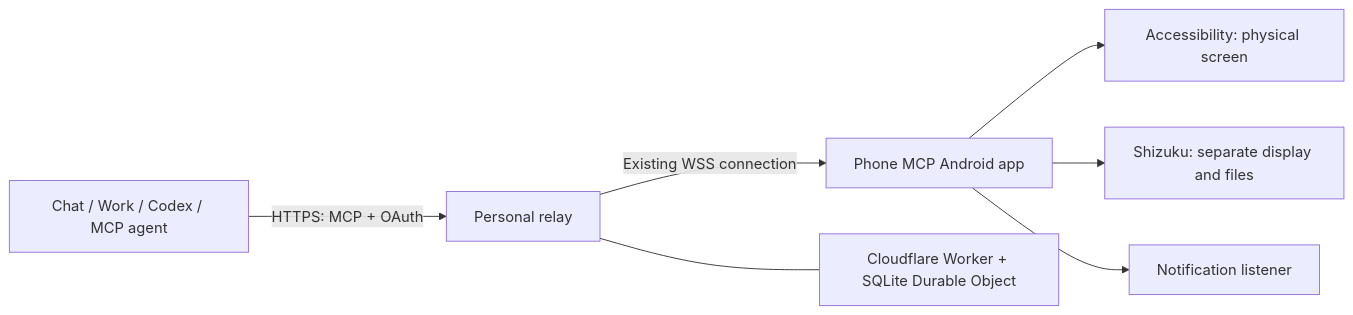
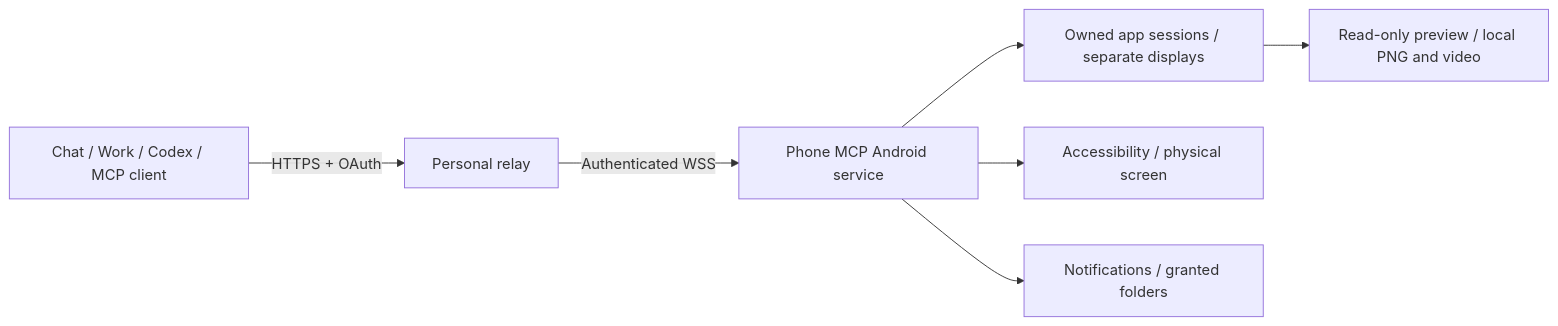
One commit to Mirochill/Phone-MCP changed the diagram in README.md. Above: the diagram before and after it, drawn with Mermaid. The commit also changed other lines of this file and 195 other files, not shown here.

Commit message:
Update Phone MCP to 0.16.2 with complete tools, capture and setup guides

````diff
--- a/README.md
+++ b/README.md
@@ -98,9 +101,9 @@
 ```mermaid
 flowchart LR
-    A[Chat / Work / Codex / MCP agent] -->|HTTPS: MCP + OAuth| R[Personal relay]
-    R -->|Existing WSS connection| P[Phone MCP Android app]
-    P --> X[Accessibility: physical screen]
-    P --> S[Shizuku: separate display and files]
-    P --> N[Notification listener]
-    R --- C[Cloudflare Worker + SQLite Durable Object]
+    A[Chat / Work / Codex / MCP client] -->|HTTPS + OAuth| R[Personal relay]
+    R -->|Authenticated WSS| P[Phone MCP Android service]
+    P --> S[Owned app sessions / separate displays]
+    P --> X[Accessibility / physical screen]
+    P --> N[Notifications / granted folders]
+    S --> V[Read-only preview / local PNG and video]
 ```
````
